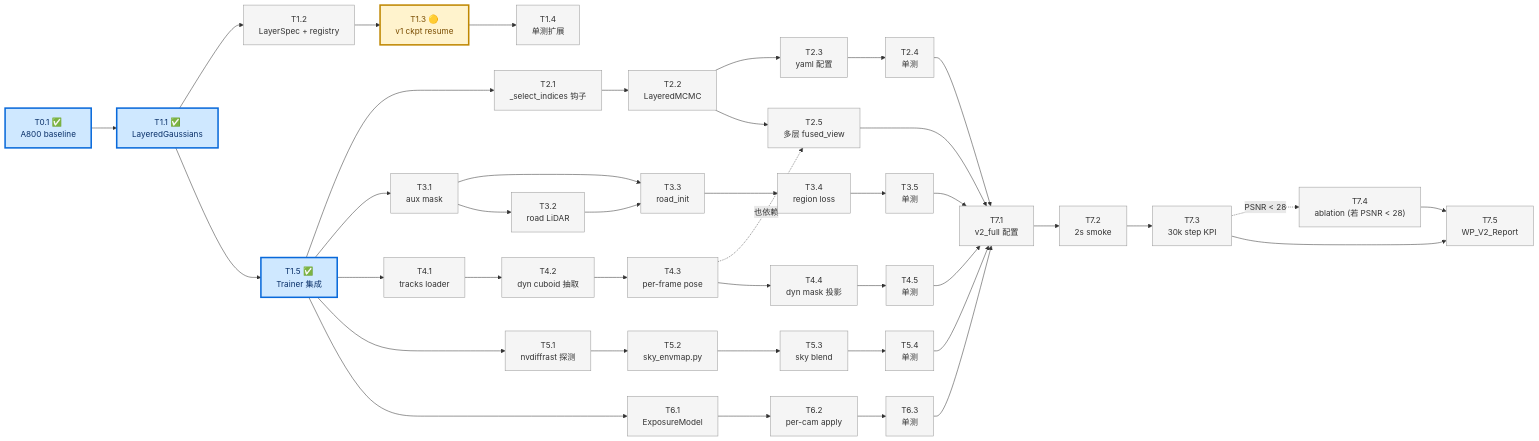
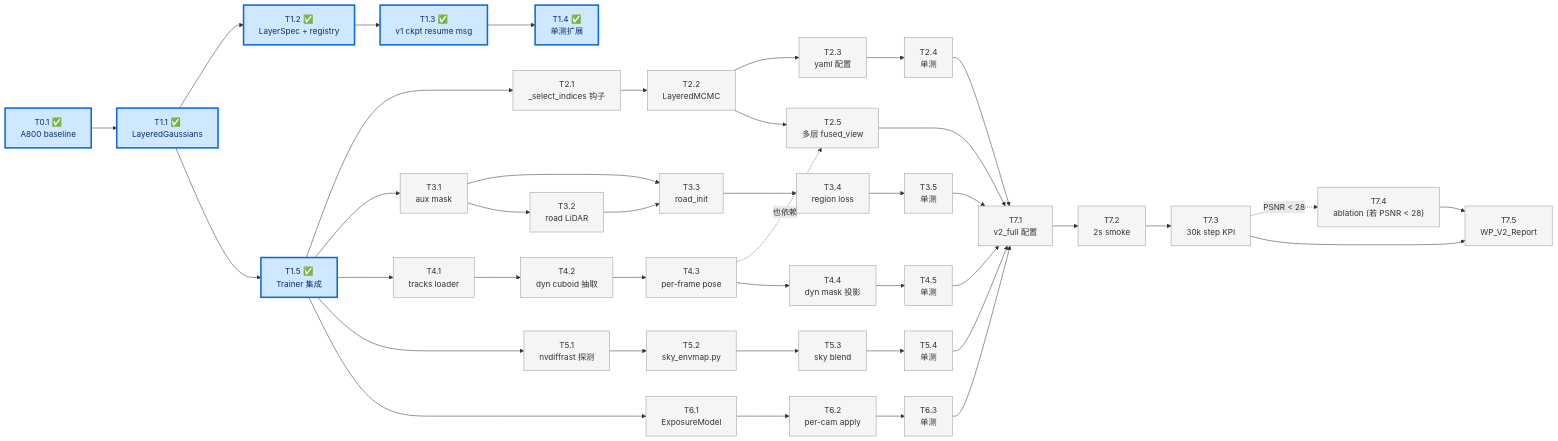
The second of 3 diagrams in v2_plan.md (etendue/3dgrut), drawn with Mermaid before and after one commit. The commit also changed other lines of this file and 1 other file, not shown here.

First line of the commit message:
docs(plan,arch): mark Stage 1 (T1.2/T1.3/T1.4) done

```diff
--- a/v2_plan.md
+++ b/v2_plan.md
@@ -150,9 +150,9 @@
 
     %% Stage 1
     T11["T1.1 ✅<br/>LayeredGaussians"]:::done
-    T12["T1.2<br/>LayerSpec + registry"]:::todo
-    T13["T1.3 🟡<br/>v1 ckpt resume"]:::wip
-    T14["T1.4<br/>单测扩展"]:::todo
+    T12["T1.2 ✅<br/>LayerSpec + registry"]:::done
+    T13["T1.3 ✅<br/>v1 ckpt resume msg"]:::done
+    T14["T1.4 ✅<br/>单测扩展"]:::done
     T15["T1.5 ✅<br/>Trainer 集成"]:::done
 
     %% Stage 2
```
